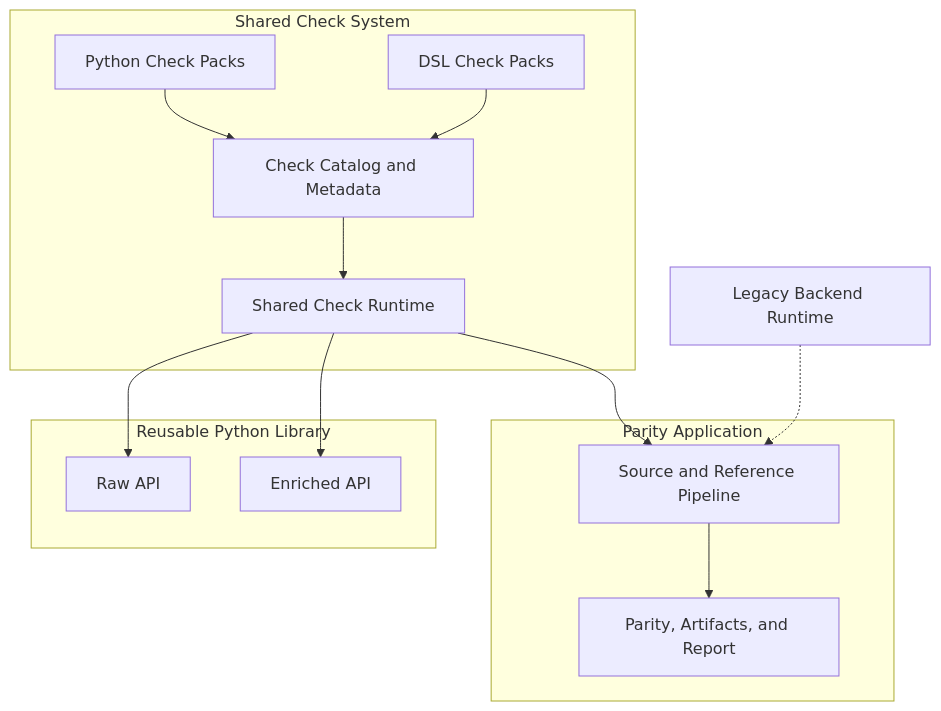
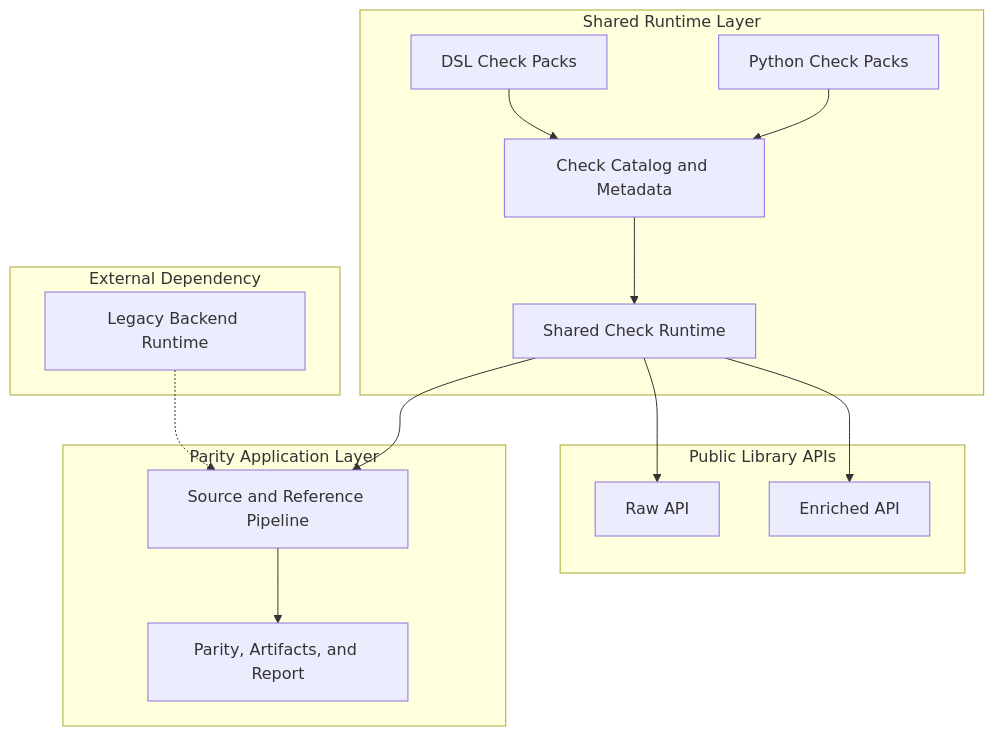
Before and after one commit to bobcorn/openfoodfacts-data-quality: the diagram in README.md, drawn with Mermaid. The commit also changed other lines of this file and 24 other files, not shown here.

````diff
--- a/README.md
+++ b/README.md
@@ -13,30 +33,32 @@
 ```mermaid
 flowchart TB
-    subgraph CHECKS["Shared Check System"]
+    subgraph RUNTIME["Shared Runtime Layer"]
         A["Python Check Packs"]
         B["DSL Check Packs"]
         C["Check Catalog and Metadata"]
         D["Shared Check Runtime"]
         A --> C
         B --> C
         C --> D
     end
 
-    subgraph LIB["Reusable Python Library"]
+    subgraph LIB["Public Library APIs"]
         E["Raw API"]
         F["Enriched API"]
     end
 
-    subgraph APP["Parity Application"]
+    subgraph APP["Parity Application Layer"]
         G["Source and Reference Pipeline"]
         H["Parity, Artifacts, and Report"]
         G --> H
     end
 
-    I["Legacy Backend Runtime"]
+    subgraph EXT["External Dependency"]
+        I["Legacy Backend Runtime"]
+    end
 
     D --> E
     D --> F
     D --> G
     I -.-> G
 ```
````
